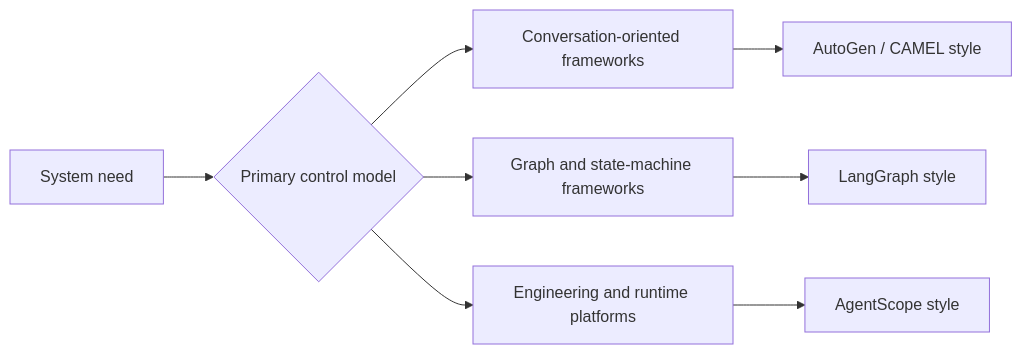
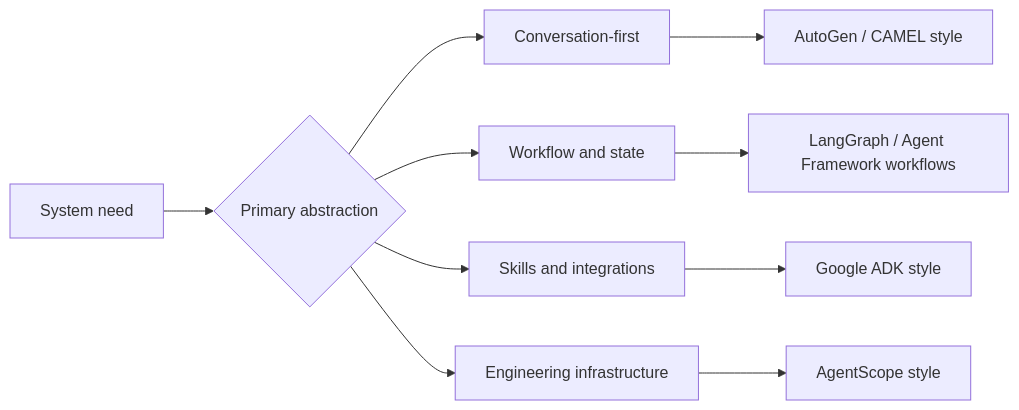
Before and after one commit to Prompthon-IO/agent-systems-handbook: the diagram in ecosystem/agent-frameworks.md, drawn with Mermaid. The commit also changed other lines of this file, not shown here.

Commit message:
docs(handbook): Agent frameworks refresh with Microsoft Agent Framework and Google ADK

````diff
--- a/ecosystem/agent-frameworks.md
+++ b/ecosystem/agent-frameworks.md
@@ -55,10 +68,12 @@
 ```mermaid
 flowchart LR
-  Need["System need"] --> Choice{"Primary control model"}
-  Choice --> Chat["Conversation-oriented frameworks"]
-  Choice --> Graph["Graph and state-machine frameworks"]
-  Choice --> Platform["Engineering and runtime platforms"]
+  Need["System need"] --> Choice{"Primary abstraction"}
+  Choice --> Chat["Conversation-first"]
+  Choice --> Graph["Workflow and state"]
+  Choice --> Skill["Skills and integrations"]
+  Choice --> Infra["Engineering infrastructure"]
   Chat --> AutoGen["AutoGen / CAMEL style"]
-  Graph --> LangGraph["LangGraph style"]
-  Platform --> AgentScope["AgentScope style"]
+  Graph --> LangGraph["LangGraph / Agent Framework workflows"]
+  Skill --> ADK["Google ADK style"]
+  Infra --> AgentScope["AgentScope style"]
 ```
````
